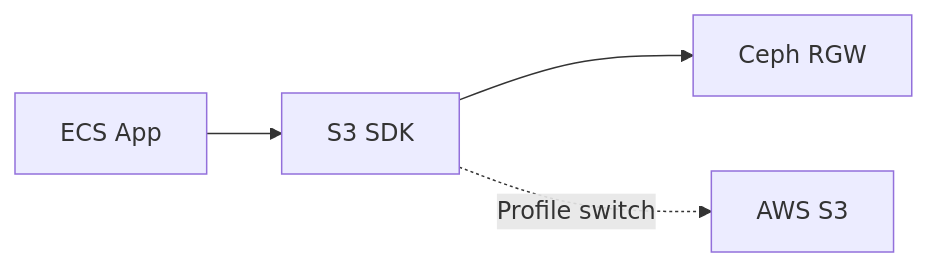
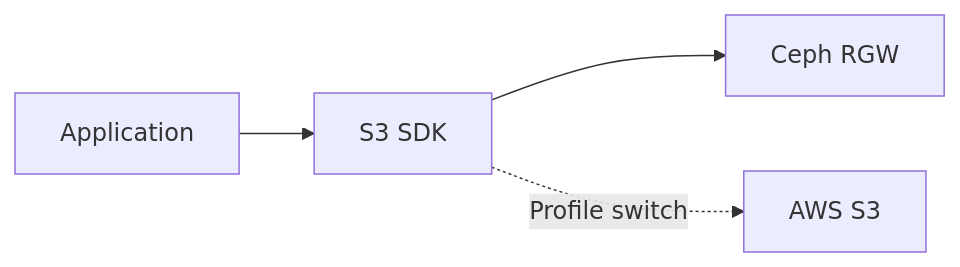
The second of 4 diagrams in docs/13_ceph_usage_strategy.md (KosaCloudTeam2/infra-platform), drawn with Mermaid before and after one commit. The commit also changed other lines of this file and 35 other files, not shown here.

````diff
--- a/docs/13_ceph_usage_strategy.md
+++ b/docs/13_ceph_usage_strategy.md
@@ -82,6 +83,6 @@
 ```mermaid
 flowchart LR
-    App["ECS App"] --> SDK["S3 SDK"]
+    App["Application"] --> SDK["S3 SDK"]
     SDK --> RGW["Ceph RGW"]
     SDK -. "Profile switch" .-> S3["AWS S3"]
 ```
````
